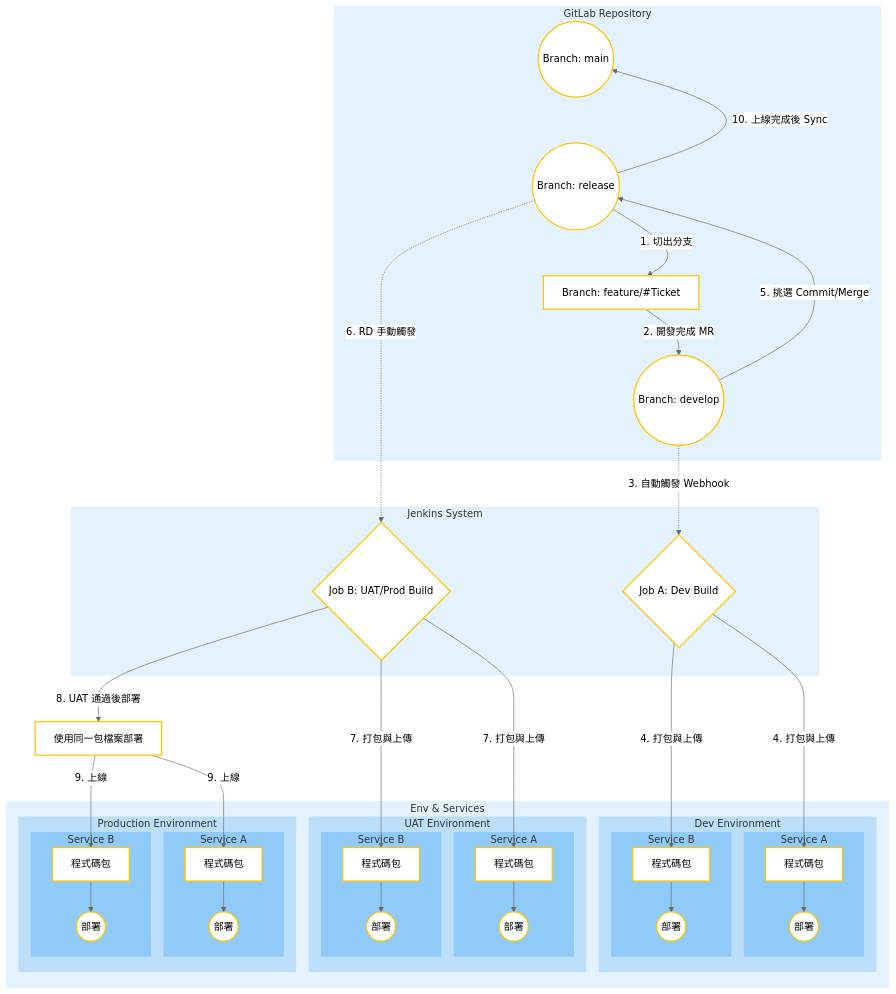
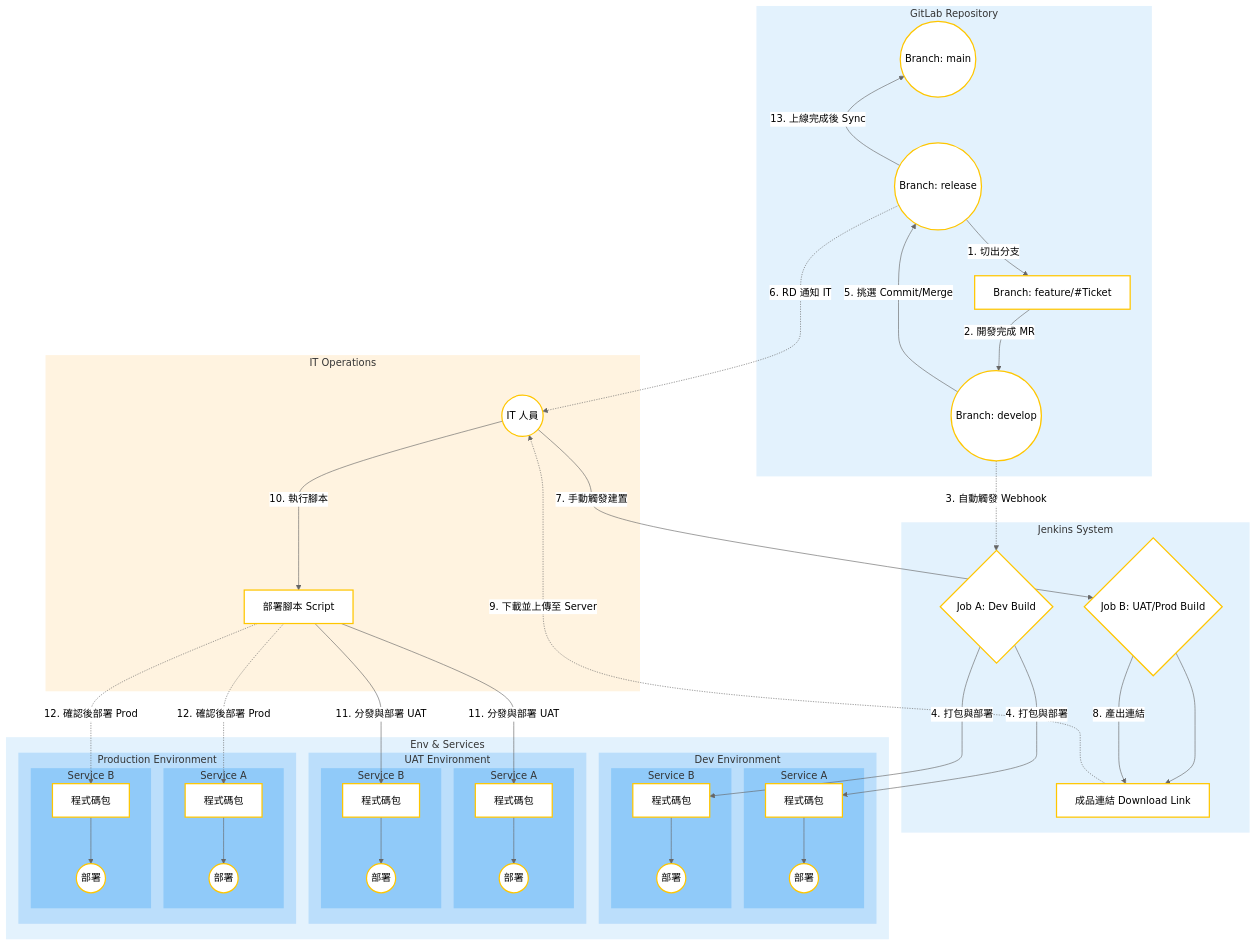
The second of 2 diagrams in SIT/ReleaseWorkFlow.md (almightyken0425/KnowledgeVault), drawn with Mermaid (neutral theme) before and after one commit. The commit also changed other lines of this file, not shown here.

```diff
--- a/SIT/ReleaseWorkFlow.md
+++ b/SIT/ReleaseWorkFlow.md
@@ -69,6 +69,13 @@
     subgraph CI_CD [Jenkins System]
         JobA{Job A: Dev Build}:::jenkins
         JobB{Job B: UAT/Prod Build}:::jenkins
+        Artifact[成品連結 Download Link]:::action
+        JobB --> Artifact
+    end
+
+    subgraph Operations [IT Operations]
+        ITUser((IT 人員)):::jenkins
+        DeployScript[部署腳本 Script]:::action
     end
 
     subgraph Environments [Env & Services]
@@ -115,24 +122,29 @@
     Feature -->|2. 開發完成 MR| Develop
 
     Develop -.->|3. 自動觸發 Webhook| JobA
-    JobA -->|4. 打包與上傳| DevPkgA & DevPkgB
+    JobA -->|4. 打包與部署| DevPkgA & DevPkgB
+    
+    Develop -->|5. 挑選 Commit/Merge| Release
+    Release -.->|6. RD 通知 IT| ITUser
+    
+    ITUser -->|7. 手動觸發建置| JobB
+    JobB -->|8. 產出連結| Artifact
+    
+    Artifact -.->|9. 下載並上傳至 Server| ITUser
+    ITUser -->|10. 執行腳本| DeployScript
+    
+    DeployScript -->|11. 分發與部署 UAT| UATPkgA & UATPkgB
+    
+    DeployScript -.->|12. 確認後部署 Prod| ProdPkgA & ProdPkgB
 
-    Develop -->|5. 挑選 Commit/Merge| Release
-    Release -.->|6. RD 手動觸發| JobB
-
-    JobB -->|7. 打包與上傳| UATPkgA & UATPkgB
-    
-    JobB -->|8. UAT 通過後部署| ProdDeploy[使用同一包檔案部署]:::action
-    
-    ProdDeploy -->|9. 上線| ProdPkgA & ProdPkgB
-
-    Release -->|10. 上線完成後 Sync| Main
+    Release -->|13. 上線完成後 Sync| Main
 
     %% Subgraph Styles
     %% Level 1: Lightest Blue
     style Git_Repo fill:#E3F2FD,stroke:#1565C0,stroke-width:0px
     style CI_CD fill:#E3F2FD,stroke:#1565C0,stroke-width:0px
     style Environments fill:#E3F2FD,stroke:#1565C0,stroke-width:0px
+    style Operations fill:#FFF3E0,stroke:#E65100,stroke-width:0px
 
     %% Level 2: Medium Blue
     style DevEnv fill:#BBDEFB,stroke:#1565C0,stroke-width:0px
```
